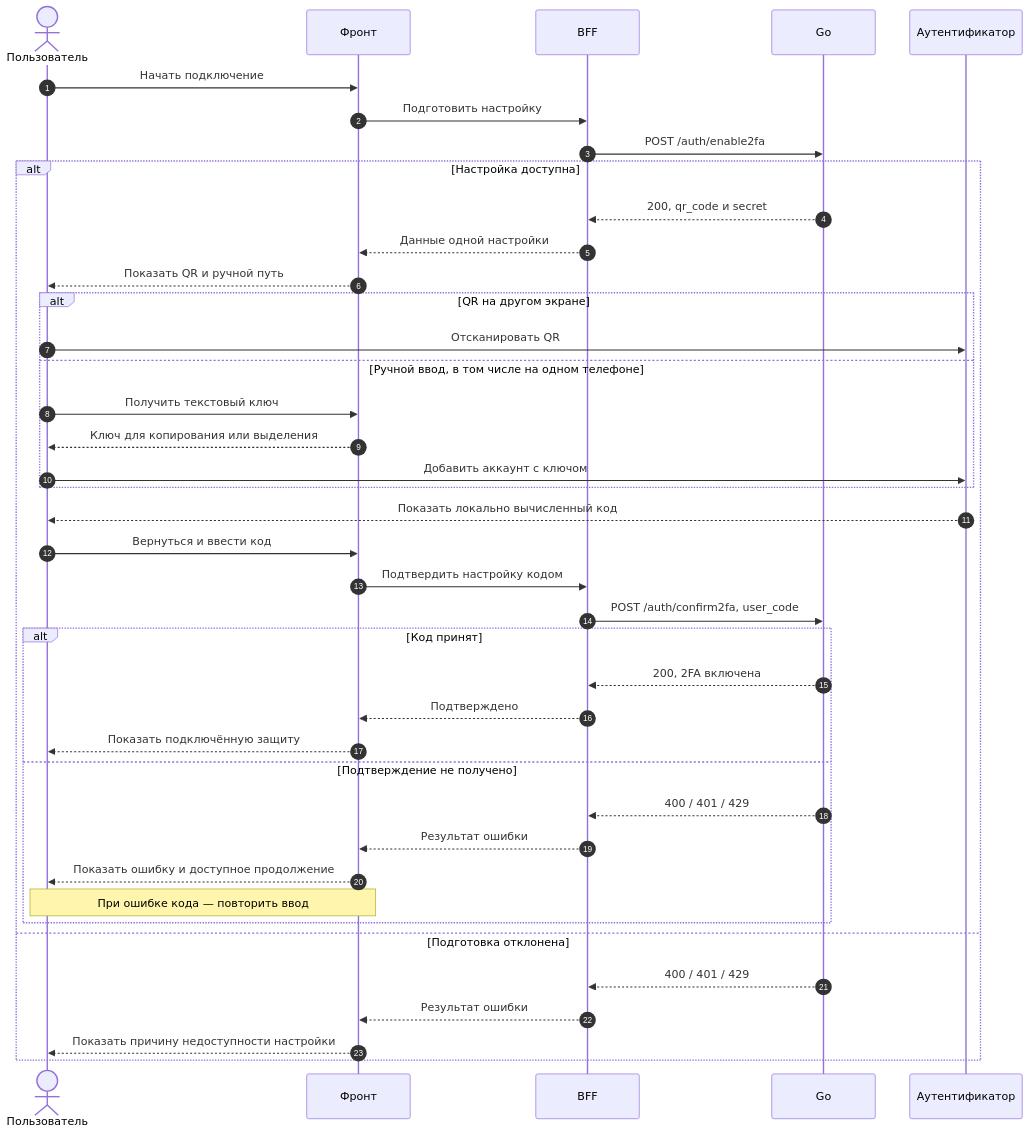
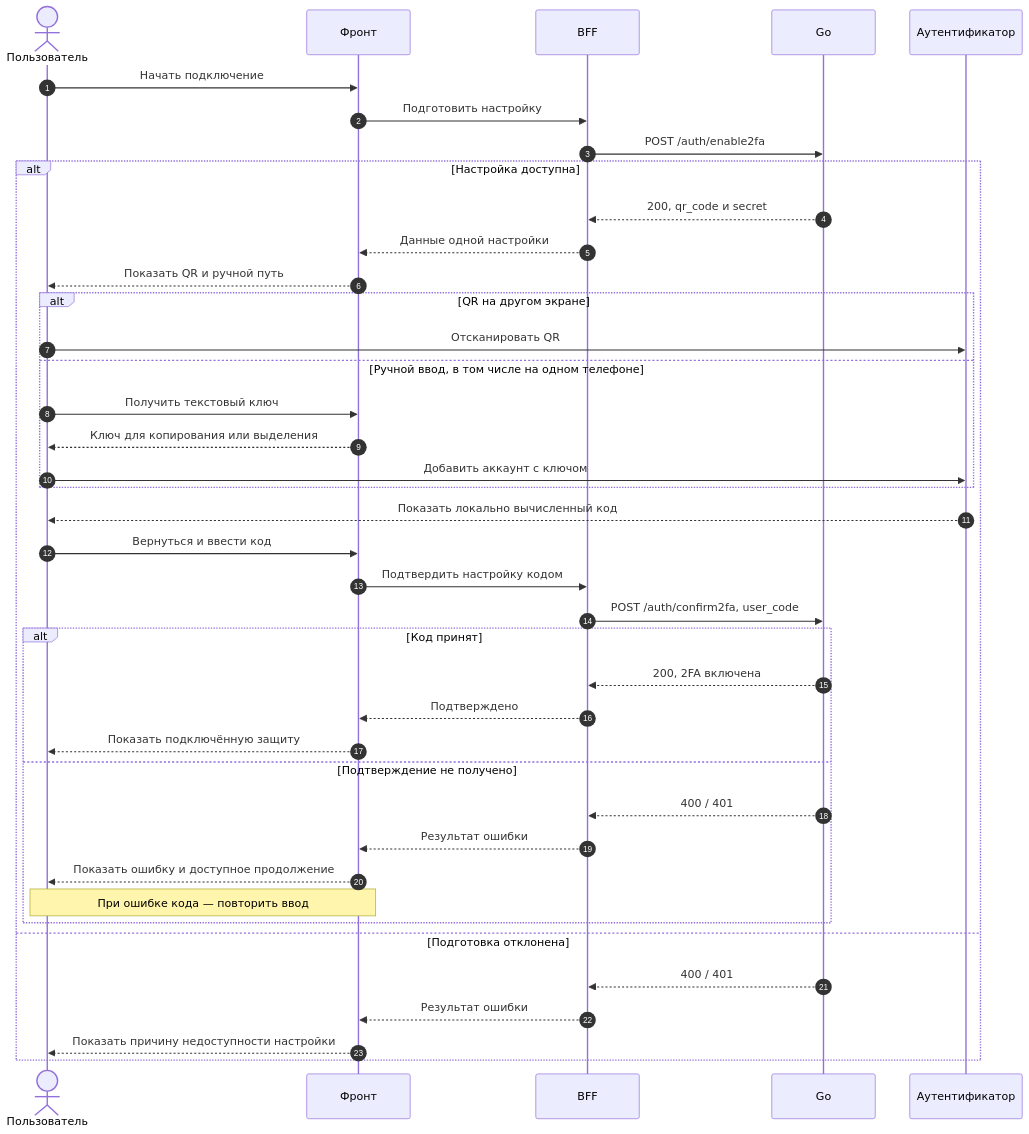
One commit to Cringe-Driven-Development-Team/docs changed the first of 3 diagrams in site/modules/2/tracks/2fa-front.md. Above: the diagram before and after it, drawn with Mermaid. The commit also changed other lines of this file and 4 other files, not shown here.

````diff
--- a/site/modules/2/tracks/2fa-front.md
+++ b/site/modules/2/tracks/2fa-front.md
@@ -45,42 +45,42 @@
 ```mermaid
 sequenceDiagram
   autonumber
   actor User as Пользователь
   participant Front as Фронт
   participant BFF
   participant Go
   participant Auth as Аутентификатор
   User->>Front: Начать подключение
   Front->>BFF: Подготовить настройку
   BFF->>Go: POST /auth/enable2fa
   alt Настройка доступна
     Go-->>BFF: 200, qr_code и secret
     BFF-->>Front: Данные одной настройки
     Front-->>User: Показать QR и ручной путь
     alt QR на другом экране
       User->>Auth: Отсканировать QR
     else Ручной ввод, в том числе на одном телефоне
       User->>Front: Получить текстовый ключ
       Front-->>User: Ключ для копирования или выделения
       User->>Auth: Добавить аккаунт с ключом
     end
     Auth-->>User: Показать локально вычисленный код
     User->>Front: Вернуться и ввести код
     Front->>BFF: Подтвердить настройку кодом
     BFF->>Go: POST /auth/confirm2fa, user_code
     alt Код принят
       Go-->>BFF: 200, 2FA включена
       BFF-->>Front: Подтверждено
       Front-->>User: Показать подключённую защиту
     else Подтверждение не получено
-      Go-->>BFF: 400 / 401 / 429
+      Go-->>BFF: 400 / 401
       BFF-->>Front: Результат ошибки
       Front-->>User: Показать ошибку и доступное продолжение
       Note over User,Front: При ошибке кода — повторить ввод
     end
   else Подготовка отклонена
-    Go-->>BFF: 400 / 401 / 429
+    Go-->>BFF: 400 / 401
     BFF-->>Front: Результат ошибки
     Front-->>User: Показать причину недоступности настройки
   end
 ```
````
